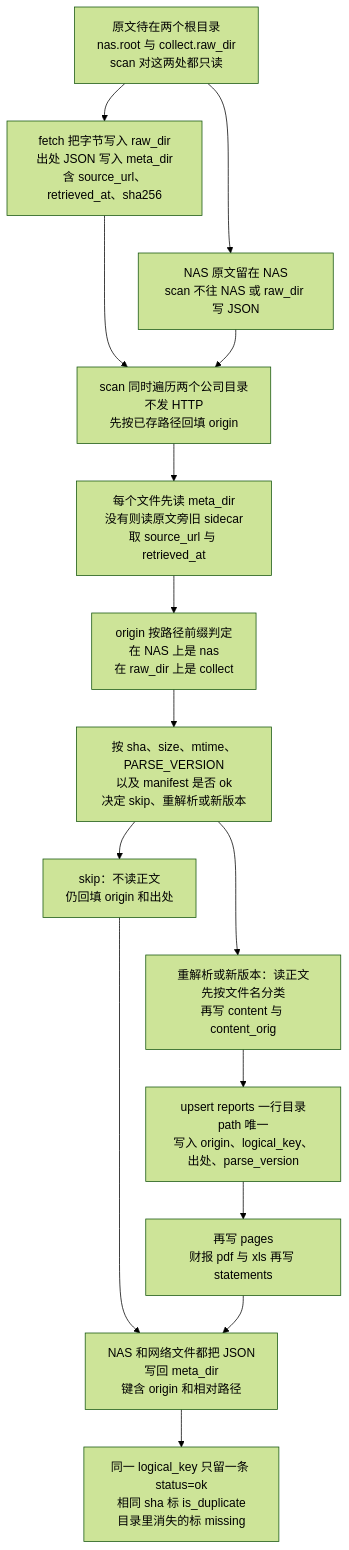
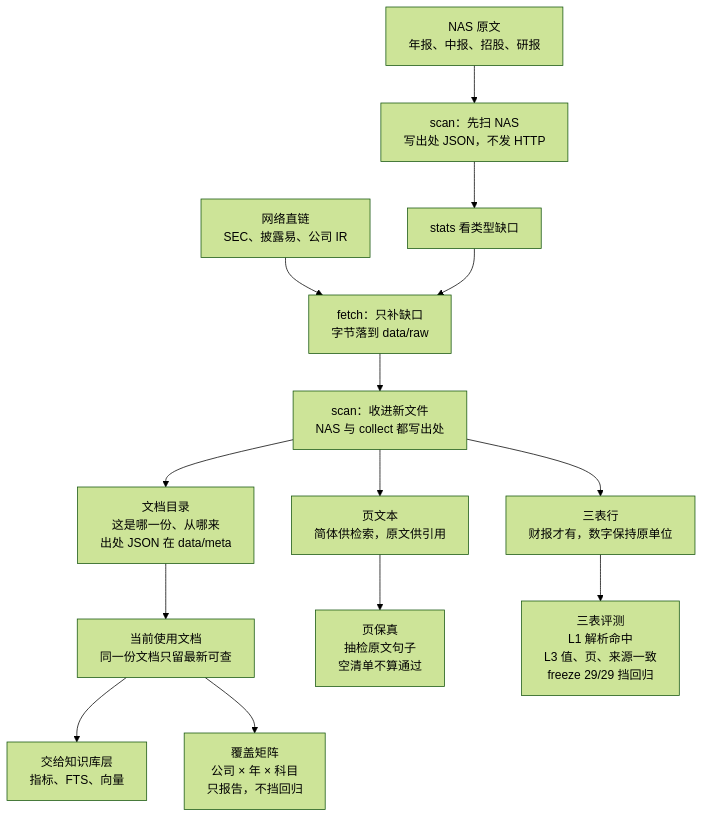
Before and after one commit to lyfxxxx/stock-kb: the third of 5 diagrams in docs/report-system.md, drawn with Mermaid (forest theme). The commit also changed other lines of this file and 32 other files, not shown here.

````diff
--- a/docs/report-system.md
+++ b/docs/report-system.md
@@ -118,28 +130,25 @@
 ```mermaid
 flowchart TB
-  src[原文待在两个根目录<br/>nas.root 与 collect.raw_dir<br/>scan 对这两处都只读]
-  fetch[fetch 把字节写入 raw_dir<br/>出处 JSON 写入 meta_dir<br/>含 source_url、retrieved_at、sha256]
-  nas[NAS 原文留在 NAS<br/>scan 不往 NAS 或 raw_dir 写 JSON]
-  scan[scan 同时遍历两个公司目录<br/>不发 HTTP<br/>先按已存路径回填 origin]
-  side[每个文件先读 meta_dir<br/>没有则读原文旁旧 sidecar<br/>取 source_url 与 retrieved_at]
-  origin[origin 按路径前缀判定<br/>在 NAS 上是 nas<br/>在 raw_dir 上是 collect]
-  act[按 sha、size、mtime、PARSE_VERSION<br/>以及 manifest 是否 ok<br/>决定 skip、重解析或新版本]
-  skip[skip：不读正文<br/>仍回填 origin 和出处]
-  parse[重解析或新版本：读正文<br/>先按文件名分类<br/>再写 content 与 content_orig]
-  rep[upsert reports 一行目录<br/>path 唯一<br/>写入 origin、logical_key、出处、parse_version]
-  disk[NAS 和网络文件都把 JSON<br/>写回 meta_dir<br/>键含 origin 和相对路径]
-  body[再写 pages<br/>财报 pdf 与 xls 再写 statements]
-  live[同一 logical_key 只留一条 status=ok<br/>相同 sha 标 is_duplicate<br/>目录里消失的标 missing]
-  src --> fetch
-  src --> nas
-  fetch ~~~ nas
-  fetch --> scan
-  nas --> scan
-  scan --> side --> origin --> act
-  act --> skip
-  act --> parse
-  skip ~~~ parse
-  skip --> disk
-  parse --> rep --> body --> disk
-  disk --> live
+  nas[NAS 原文<br/>年报、中报、招股、研报]
+  scanNas[scan：先扫 NAS<br/>写出处 JSON，不发 HTTP]
+  stats[stats 看类型缺口]
+  web[网络直链<br/>SEC、披露易、公司 IR]
+  fetch[fetch：只补缺口<br/>字节落到 data/raw]
+  scanIn[scan：收进新文件<br/>NAS 与 collect 都写出处]
+  catalog[文档目录<br/>这是哪一份、从哪来<br/>出处 JSON 在 data/meta]
+  pages[页文本<br/>简体供检索，原文供引用]
+  stmts[三表行<br/>财报才有，数字保持原单位]
+  live[当前使用文档<br/>同一份文档只留最新可查]
+  fid[页保真<br/>抽检原文句子<br/>空清单不算通过]
+  st[三表评测<br/>L1 解析命中<br/>L3 值、页、来源一致<br/>freeze 29/29 挡回归]
+  cov[覆盖矩阵<br/>公司 × 年 × 科目<br/>只报告，不挡回归]
+  kb[交给知识库层<br/>指标、FTS、向量]
+
+  nas --> scanNas --> stats
+  web --> fetch
+  stats --> fetch --> scanIn
+  scanIn --> catalog --> live --> kb
+  scanIn --> pages --> fid
+  scanIn --> stmts --> st
+  live --> cov
 ```
````
